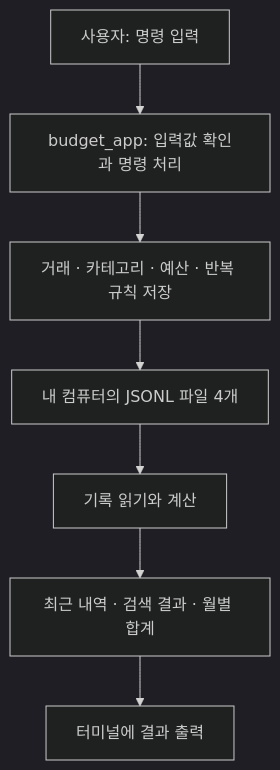
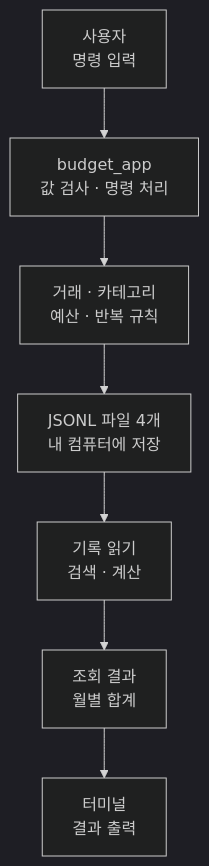
Before and after one commit to Cerhovah/Codyssey_Mission_B2-1: the first of 9 diagrams in README.md, drawn with Mermaid (dark theme). The commit also changed other lines of this file, not shown here.

First line of the commit message:
docs: 구조도 문구와 줄바꿈을 읽기 쉽게 정리

````diff
--- a/README.md
+++ b/README.md
@@ -13,9 +13,9 @@
 ```mermaid
 flowchart TD
-    User["사용자: 명령 입력"] --> App["budget_app: 입력값 확인과 명령 처리"]
-    App --> Save["거래 · 카테고리 · 예산 · 반복 규칙 저장"]
-    Save --> Files["내 컴퓨터의 JSONL 파일 4개"]
-    Files --> Read["기록 읽기와 계산"]
-    Read --> Result["최근 내역 · 검색 결과 · 월별 합계"]
-    Result --> Screen["터미널에 결과 출력"]
+    User["사용자<br/>명령 입력"] --> App["budget_app<br/>값 검사 · 명령 처리"]
+    App --> Save["거래 · 카테고리<br/>예산 · 반복 규칙"]
+    Save --> Files["JSONL 파일 4개<br/>내 컴퓨터에 저장"]
+    Files --> Read["기록 읽기<br/>검색 · 계산"]
+    Read --> Result["조회 결과<br/>월별 합계"]
+    Result --> Screen["터미널<br/>결과 출력"]
 ```
````
